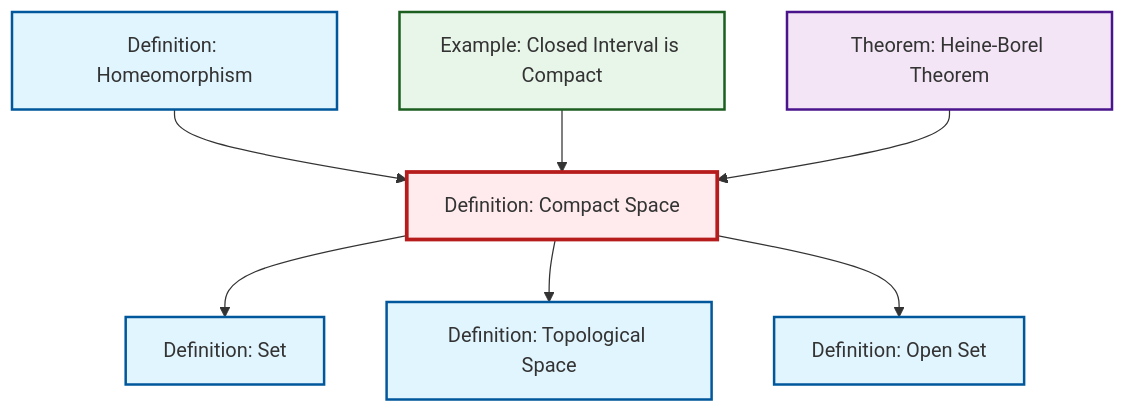
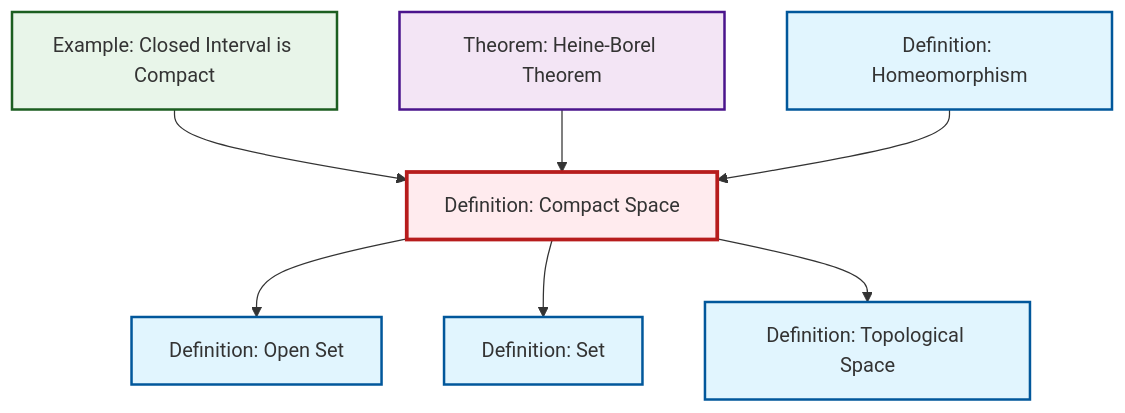
Before and after one commit to RK0429/ModernMath: the diagram in content/en/topology/def-compact.qmd, drawn with Mermaid. The commit also changed other lines of this file and 360 other files, not shown here.

````diff
--- a/content/en/topology/def-compact.qmd
+++ b/content/en/topology/def-compact.qmd
@@ -48,29 +48,29 @@
 ```{mermaid}
 %%| fig-cap: "Local dependency graph"
 graph TD
     classDef definition fill:#e1f5fe,stroke:#01579b,stroke-width:2px
     classDef theorem fill:#f3e5f5,stroke:#4a148c,stroke-width:2px
     classDef axiom fill:#fff3e0,stroke:#e65100,stroke-width:2px
     classDef example fill:#e8f5e9,stroke:#1b5e20,stroke-width:2px
     classDef current fill:#ffebee,stroke:#b71c1c,stroke-width:3px
+    thm-heine-borel["Theorem: Heine-Borel Theorem"]:::theorem
+    def-open-set["Definition: Open Set"]:::definition
     def-topological-space["Definition: Topological Space"]:::definition
-    def-open-set["Definition: Open Set"]:::definition
     def-compact["Definition: Compact Space"]:::definition
+    def-homeomorphism["Definition: Homeomorphism"]:::definition
     ex-closed-interval-compact["Example: Closed Interval is Compact"]:::example
-    thm-heine-borel["Theorem: Heine-Borel Theorem"]:::theorem
-    def-homeomorphism["Definition: Homeomorphism"]:::definition
     def-set["Definition: Set"]:::definition
+    def-compact --> def-open-set
+    ex-closed-interval-compact --> def-compact
+    thm-heine-borel --> def-compact
     def-compact --> def-set
     def-homeomorphism --> def-compact
     def-compact --> def-topological-space
-    ex-closed-interval-compact --> def-compact
-    def-compact --> def-open-set
-    thm-heine-borel --> def-compact
     class def-compact current
+    click thm-heine-borel "thm-heine-borel.html" "Go to Heine-Borel Theorem theorem"
+    click def-open-set "def-open-set.html" "Go to Open Set definition"
     click def-topological-space "def-topological-space.html" "Go to Topological Space definition"
-    click def-open-set "def-open-set.html" "Go to Open Set definition"
+    click def-homeomorphism "def-homeomorphism.html" "Go to Homeomorphism definition"
     click ex-closed-interval-compact "ex-closed-interval-compact.html" "Go to Closed Interval is Compact example"
-    click thm-heine-borel "thm-heine-borel.html" "Go to Heine-Borel Theorem theorem"
-    click def-homeomorphism "def-homeomorphism.html" "Go to Homeomorphism definition"
     click def-set "def-set.html" "Go to Set definition"
 ```
````
